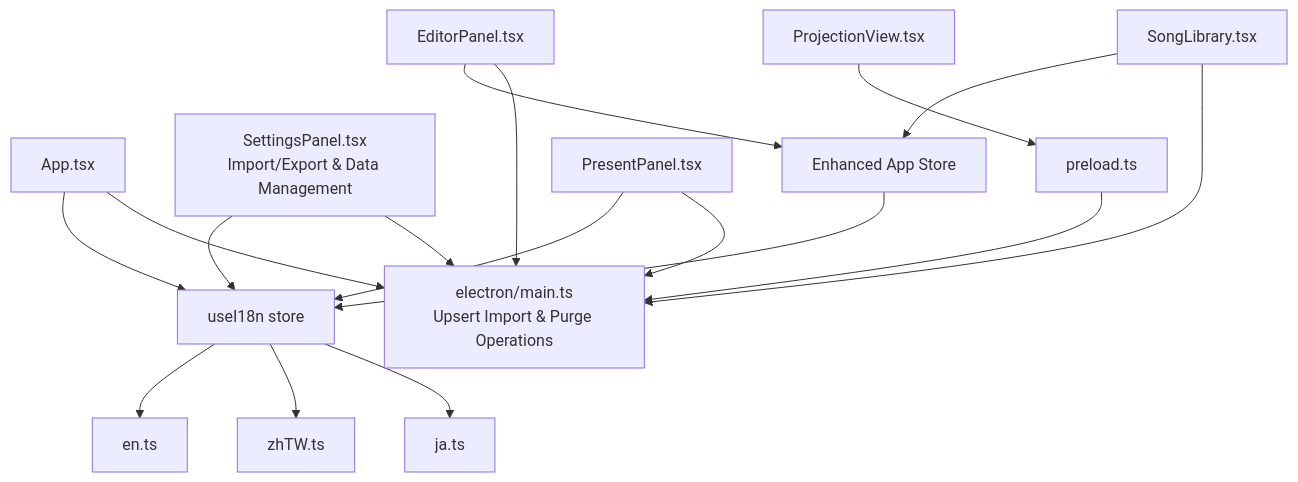
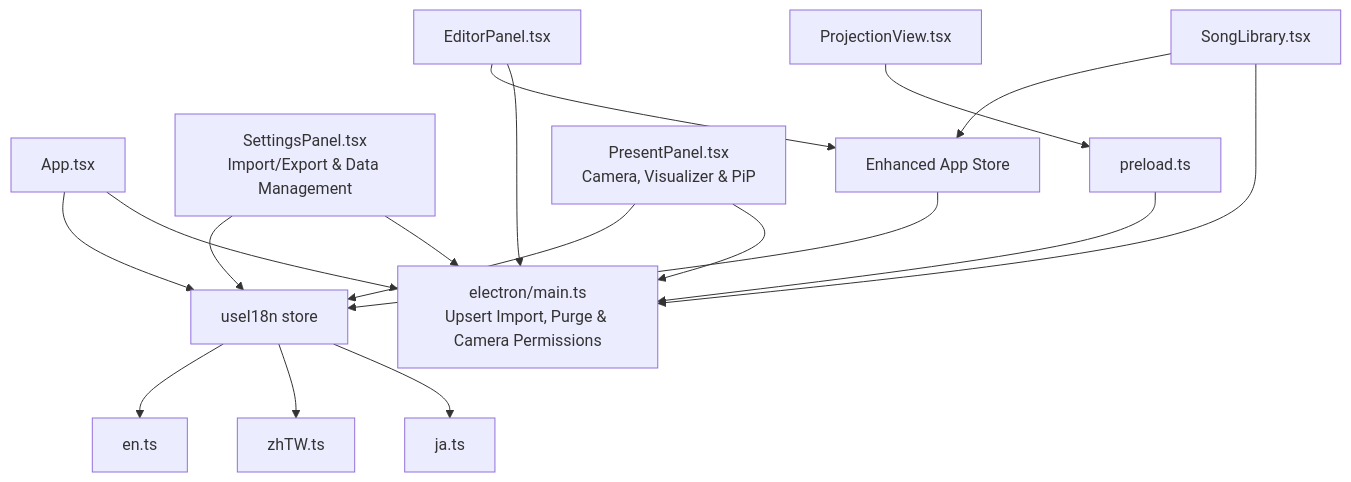
Before and after one commit to jimmywyk/lyricdeck: the sixth of 6 diagrams in .qoder/repowiki/en/content/Internationalization.md, drawn with Mermaid. The commit also changed other lines of this file and 5 other files, not shown here.

````diff
--- a/.qoder/repowiki/en/content/Internationalization.md
+++ b/.qoder/repowiki/en/content/Internationalization.md
@@ -948,19 +1297,19 @@
 ```mermaid
 graph TB
 Store["useI18n store"] --> En["en.ts"]
 Store --> ZhTW["zhTW.ts"]
 Store --> Ja["ja.ts"]
 App["App.tsx"] --> Store
 Settings["SettingsPanel.tsx<br/>Import/Export & Data Management"] --> Store
 Projection["ProjectionView.tsx"] --> Preload["preload.ts"]
-Present["PresentPanel.tsx"] --> Store
-Preload --> MainProc["electron/main.ts<br/>Upsert Import & Purge Operations"]
+Present["PresentPanel.tsx<br/>Camera, Visualizer & PiP"] --> Store
+Preload --> MainProc["electron/main.ts<br/>Upsert Import, Purge & Camera Permissions"]
 Editor["EditorPanel.tsx"] --> AppStore["Enhanced App Store"]
 Library["SongLibrary.tsx"] --> AppStore
 AppStore --> Store
 App --> MainProc
 Settings --> MainProc
 Present --> MainProc
 Editor --> MainProc
 Library --> MainProc
 ```
````
